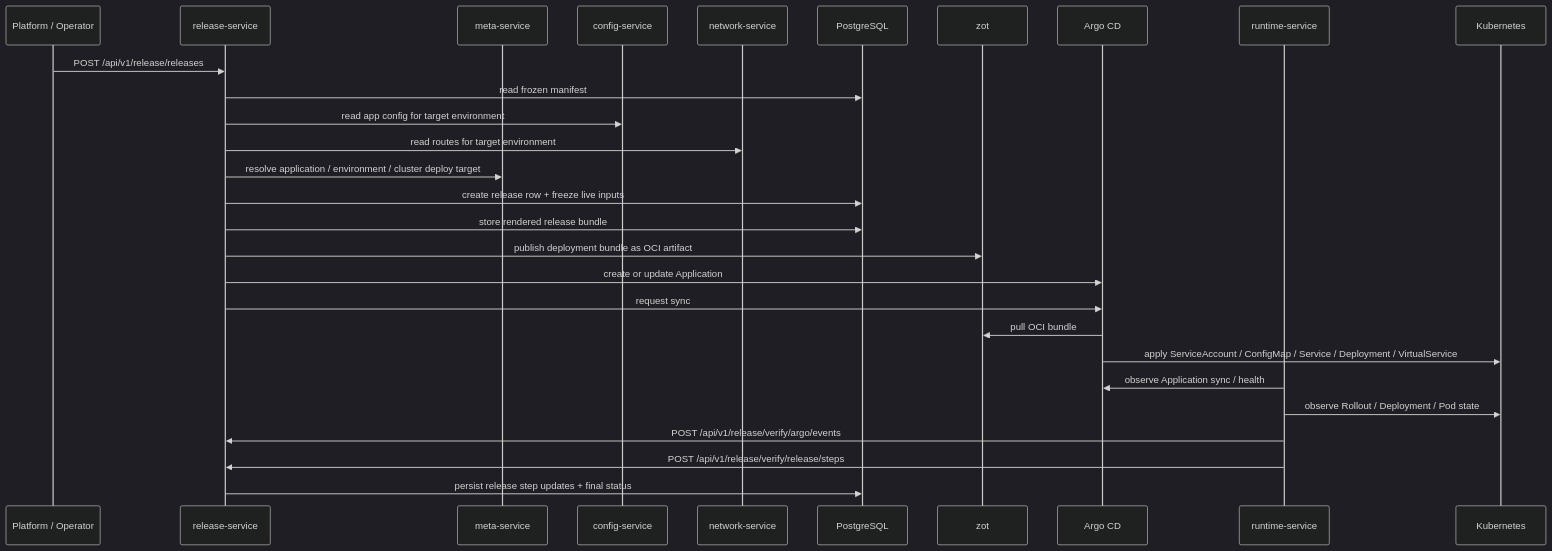
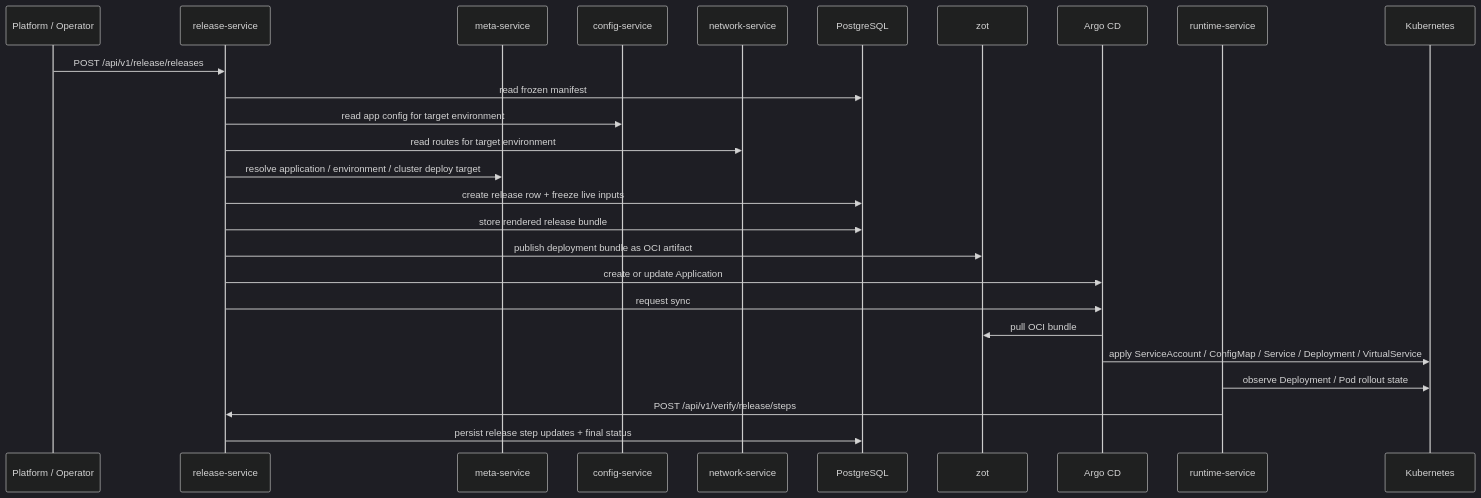
One commit to bsonger/devflow-service changed the third of 6 diagrams in docs/system/diagrams.md. Above: the diagram before and after it, drawn with Mermaid (dark theme). The commit also changed other lines of this file and 4 other files, not shown here.

Commit message:
docs align release runtime rollout boundary

````diff
--- a/docs/system/diagrams.md
+++ b/docs/system/diagrams.md
@@ -97,31 +97,29 @@
 ```mermaid
 sequenceDiagram
     participant U as Platform / Operator
     participant RS as release-service
     participant META as meta-service
     participant CS as config-service
     participant NS as network-service
     participant PG as PostgreSQL
     participant ZOT as zot
     participant ARGO as Argo CD
     participant RTS as runtime-service
     participant K8S as Kubernetes
 
     U->>RS: POST /api/v1/release/releases
     RS->>PG: read frozen manifest
     RS->>CS: read app config for target environment
     RS->>NS: read routes for target environment
     RS->>META: resolve application / environment / cluster deploy target
     RS->>PG: create release row + freeze live inputs
     RS->>PG: store rendered release bundle
     RS->>ZOT: publish deployment bundle as OCI artifact
     RS->>ARGO: create or update Application
     RS->>ARGO: request sync
     ARGO->>ZOT: pull OCI bundle
     ARGO->>K8S: apply ServiceAccount / ConfigMap / Service / Deployment / VirtualService
-    RTS->>ARGO: observe Application sync / health
-    RTS->>K8S: observe Rollout / Deployment / Pod state
-    RTS->>RS: POST /api/v1/release/verify/argo/events
-    RTS->>RS: POST /api/v1/release/verify/release/steps
+    RTS->>K8S: observe Deployment / Pod rollout state
+    RTS->>RS: POST /api/v1/verify/release/steps
     RS->>PG: persist release step updates + final status
 ```
````
